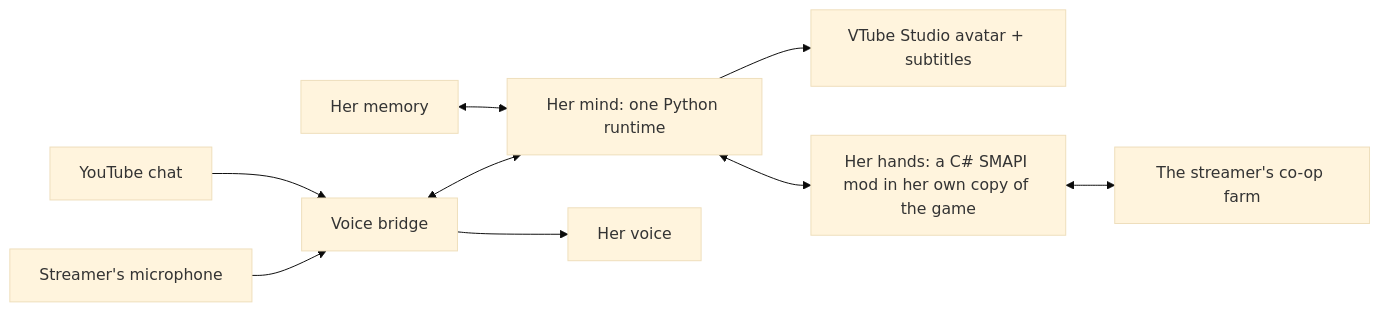
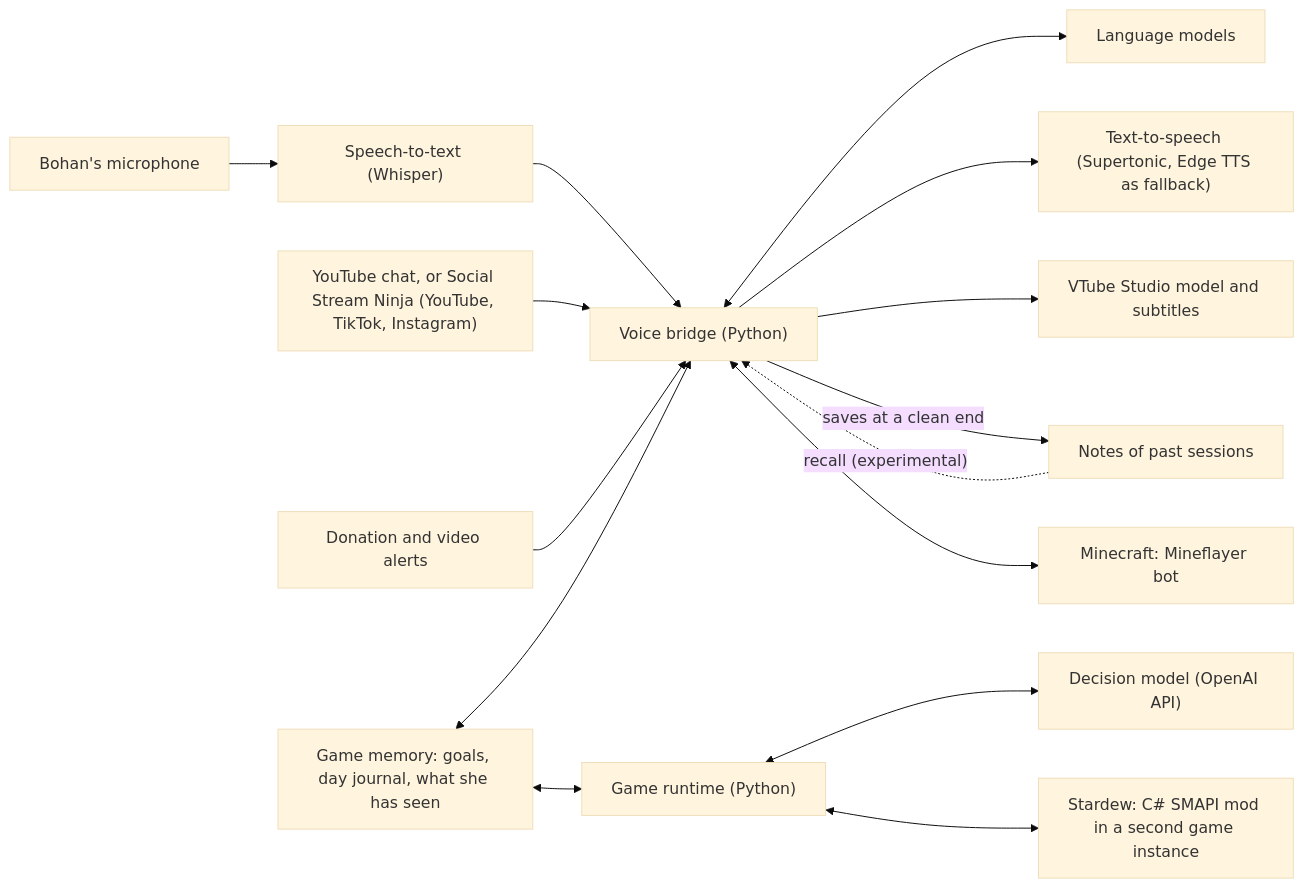
Before and after one commit to bohanyt/arti: the diagram in README.md, drawn with Mermaid (base theme). The commit also changed other lines of this file, not shown here.

````diff
--- a/README.md
+++ b/README.md
@@ -26,11 +36,17 @@
 ```mermaid
 flowchart LR
-    Mic[Streamer's microphone] --> Voice[Voice bridge]
-    Chat[YouTube chat] --> Voice
-    Voice <--> Mind[Her mind: one Python runtime]
-    Memory[Her memory] <--> Mind
-    Mind --> Avatar[VTube Studio avatar + subtitles]
-    Voice --> TTS[Her voice]
-    Mind <--> Mod[Her hands: a C# SMAPI mod in her own copy of the game]
-    Mod <--> Farm[The streamer's co-op farm]
+    Mic["Bohan's microphone"] --> STT["Speech-to-text (Whisper)"]
+    STT --> Bridge["Voice bridge (Python)"]
+    Chat["YouTube chat, or Social Stream Ninja (YouTube, TikTok, Instagram)"] --> Bridge
+    Alerts["Donation and video alerts"] --> Bridge
+    Bridge <--> LLM["Language models"]
+    Bridge --> TTS["Text-to-speech (Supertonic, Edge TTS as fallback)"]
+    Bridge --> VTS["VTube Studio model and subtitles"]
+    Bridge -->|"saves at a clean end"| Notes["Notes of past sessions"]
+    Notes -.->|"recall (experimental)"| Bridge
+    Mind["Game memory: goals, day journal, what she has seen"] <--> Bridge
+    Mind <--> Play["Game runtime (Python)"]
+    Play <--> Decide["Decision model (OpenAI API)"]
+    Play <--> Mod["Stardew: C# SMAPI mod in a second game instance"]
+    Bridge <--> MC["Minecraft: Mineflayer bot"]
 ```
````
